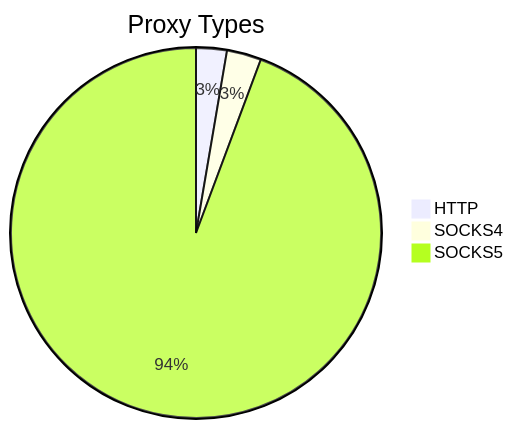
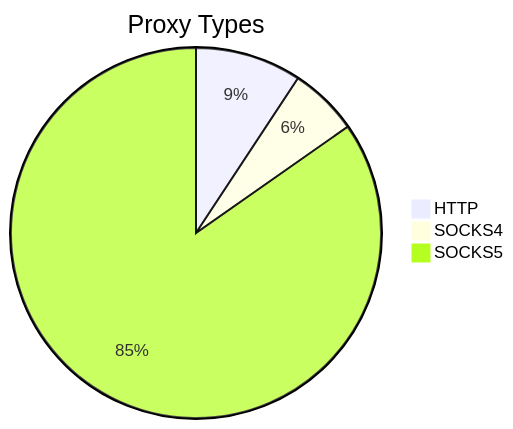
Before and after one commit to stormsia/proxy-list: the first of 2 diagrams in README.md, drawn with Mermaid. The commit also changed other lines of this file, not shown here.

````diff
--- a/README.md
+++ b/README.md
@@ -21,6 +21,6 @@
 ```mermaid
 pie title Proxy Types
-    "HTTP" : 49
-    "SOCKS4" : 55
-    "SOCKS5" : 1723
+    "HTTP" : 51
+    "SOCKS4" : 33
+    "SOCKS5" : 466
 ```
````
